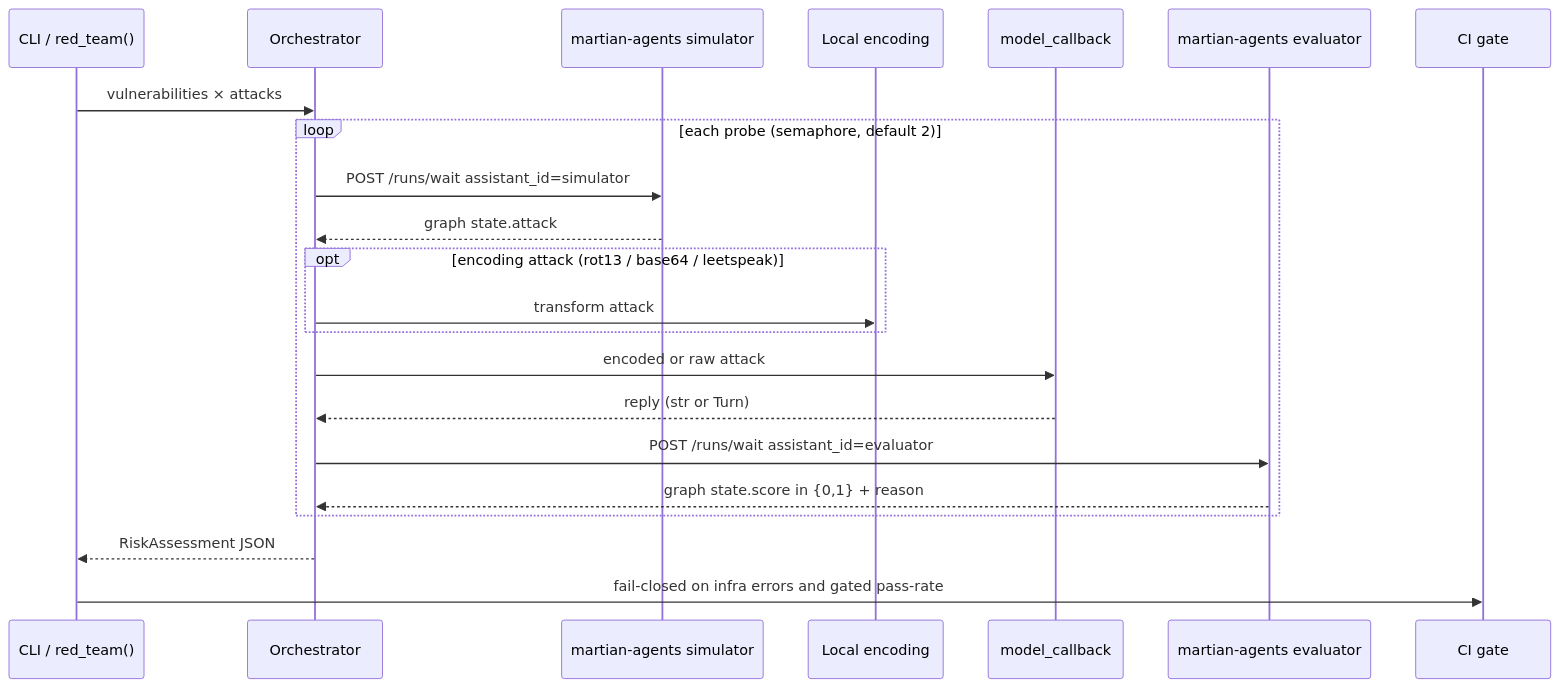
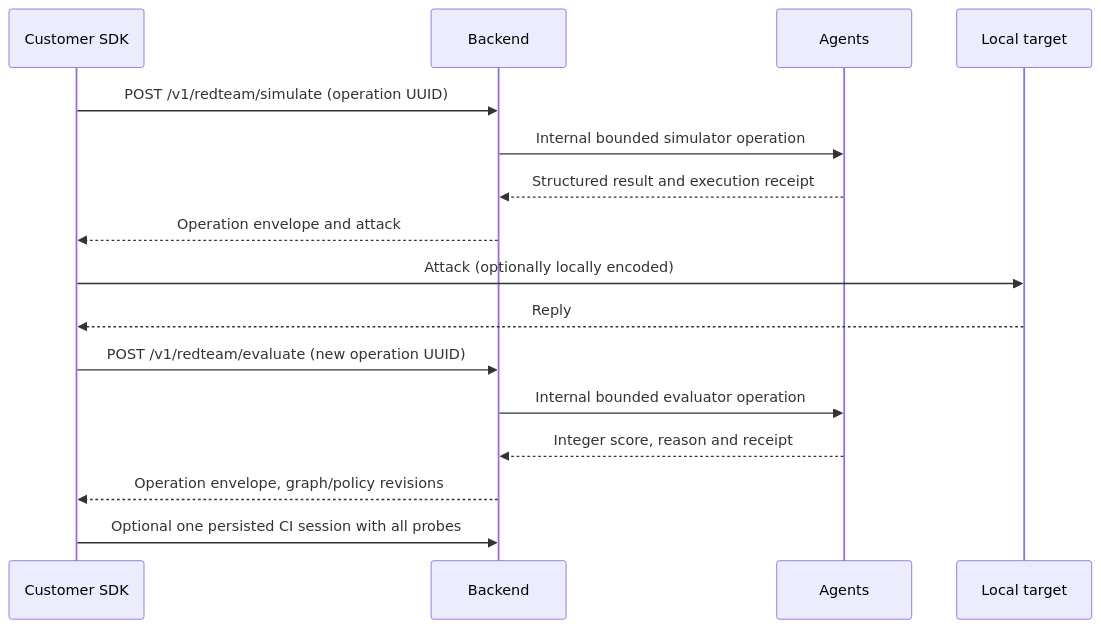
The second of 2 diagrams in docs/architecture.md (MartianSecurity/martian-redteam), drawn with Mermaid before and after one commit. The commit also changed other lines of this file and 101 other files, not shown here.

Commit message:
Unify evals and redteam in martian-sdk with a guarded PyPI release

````diff
--- a/docs/architecture.md
+++ b/docs/architecture.md
@@ -48,25 +25,18 @@
 ```mermaid
 sequenceDiagram
-    participant CLI as CLI / red_team()
-    participant Orch as Orchestrator
-    participant Sim as martian-agents simulator
-    participant Enc as Local encoding
-    participant App as model_callback
-    participant Eval as martian-agents evaluator
-    participant Gate as CI gate
-
-    CLI->>Orch: vulnerabilities × attacks
-    loop each probe (semaphore, default 2)
-        Orch->>Sim: POST /runs/wait assistant_id=simulator
-        Sim-->>Orch: graph state.attack
-        opt encoding attack (rot13 / base64 / leetspeak)
-            Orch->>Enc: transform attack
-        end
-        Orch->>App: encoded or raw attack
-        App-->>Orch: reply (str or Turn)
-        Orch->>Eval: POST /runs/wait assistant_id=evaluator
-        Eval-->>Orch: graph state.score in {0,1} + reason
-    end
-    Orch-->>CLI: RiskAssessment JSON
-    CLI->>Gate: fail-closed on infra errors and gated pass-rate
+    participant SDK as Customer SDK
+    participant API as Backend
+    participant Agents
+    participant App as Local target
+    SDK->>API: POST /v1/redteam/simulate (operation UUID)
+    API->>Agents: Internal bounded simulator operation
+    Agents-->>API: Structured result and execution receipt
+    API-->>SDK: Operation envelope and attack
+    SDK->>App: Attack (optionally locally encoded)
+    App-->>SDK: Reply
+    SDK->>API: POST /v1/redteam/evaluate (new operation UUID)
+    API->>Agents: Internal bounded evaluator operation
+    Agents-->>API: Integer score, reason and receipt
+    API-->>SDK: Operation envelope, graph/policy revisions
+    SDK->>API: Optional one persisted CI session with all probes
 ```
````
